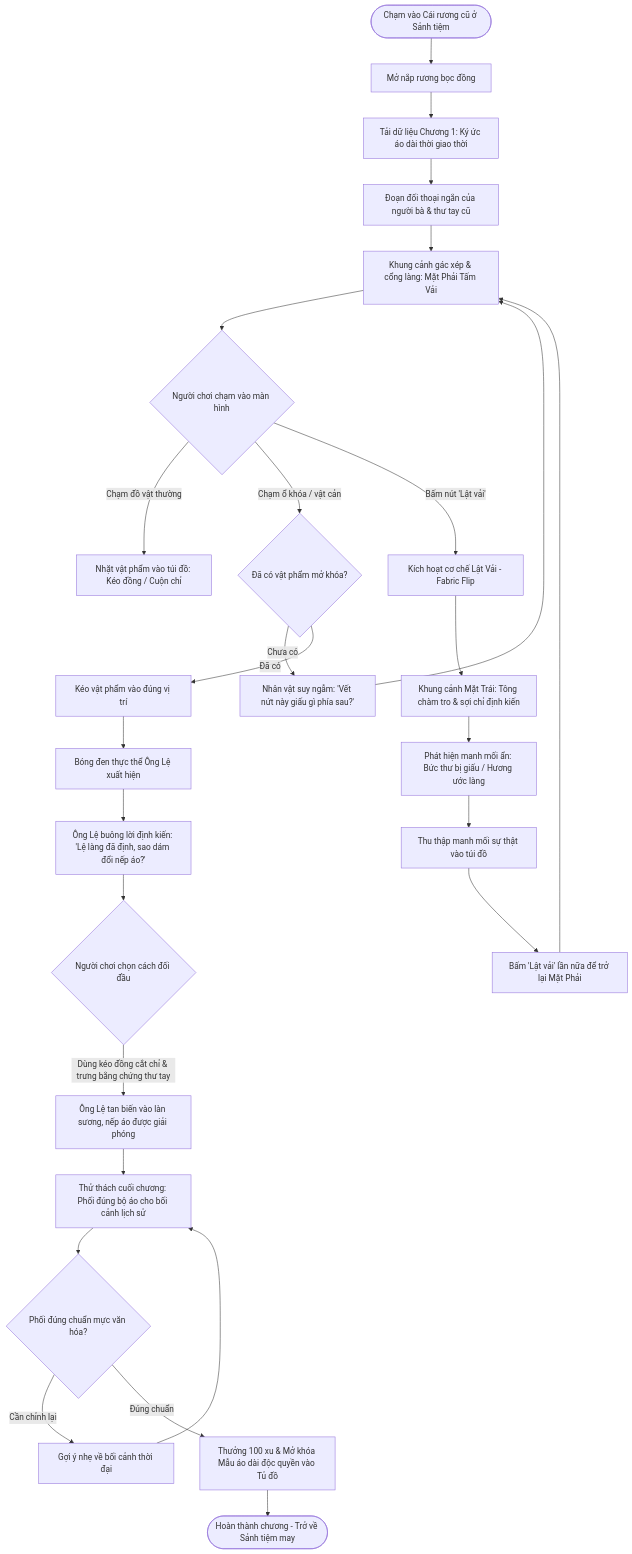
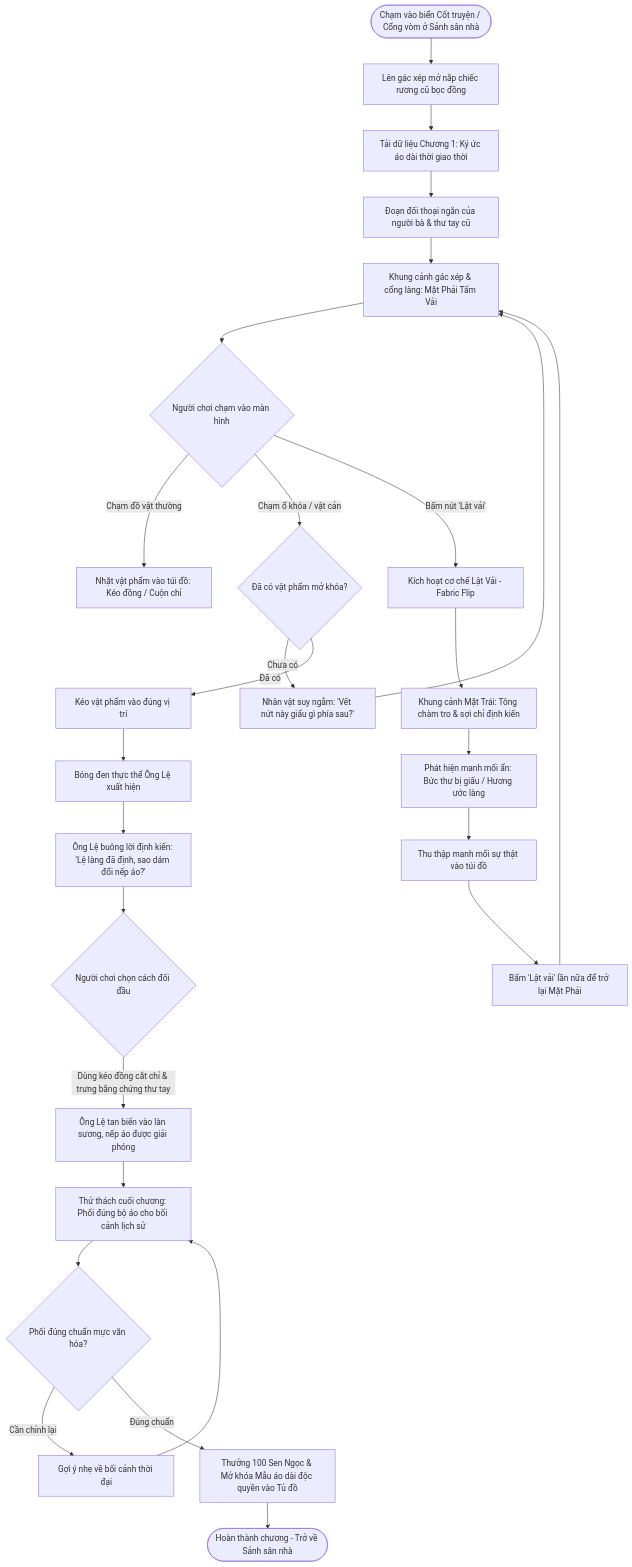
One commit to ItsLewis-DE/Nep- changed the second of 2 diagrams in docs/06-design/user-flows.md. Above: the diagram before and after it, drawn with Mermaid. The commit also changed other lines of this file and 260 other files, not shown here.

````diff
--- a/docs/06-design/user-flows.md
+++ b/docs/06-design/user-flows.md
@@ -63,37 +66,38 @@
 ```mermaid
 flowchart TD
-    StartGame([Chạm vào Cái rương cũ ở Sảnh tiệm]) --> OpenChest[Mở nắp rương bọc đồng]
+    StartGame([Chạm vào biển Cốt truyện / Cổng vòm ở Sảnh sân nhà]) --> OpenChest[Lên gác xép mở nắp chiếc rương cũ bọc đồng]
     OpenChest --> LoadChapter[Tải dữ liệu Chương 1: Ký ức áo dài thời giao thời]
     LoadChapter --> IntroCutscene[Đoạn đối thoại ngắn của người bà & thư tay cũ]
     IntroCutscene --> SceneNormal[Khung cảnh gác xép & cổng làng: Mặt Phải Tấm Vải]
     
     %% Point and Click Loop
     SceneNormal --> Explore{Người chơi chạm vào màn hình}
     Explore -- Chạm đồ vật thường --> PickItem[Nhặt vật phẩm vào túi đồ: Kéo đồng / Cuộn chỉ]
     Explore -- Chạm ổ khóa / vật cản --> CheckInventory{Đã có vật phẩm mở khóa?}
     CheckInventory -- Chưa có --> HintDialog[Nhân vật suy ngẫm: 'Vết nứt này giấu gì phía sau?']
     HintDialog --> SceneNormal
     CheckInventory -- Đã có --> UseItem[Kéo vật phẩm vào đúng vị trí]
     
     %% Fabric Flip Core Mechanism
     Explore -- Bấm nút 'Lật vải' --> FlipFabric[Kích hoạt cơ chế Lật Vải - Fabric Flip]
     FlipFabric --> SceneFlip[Khung cảnh Mặt Trái: Tông chàm tro & sợi chỉ định kiến]
     SceneFlip --> FindClue[Phát hiện manh mối ẩn: Bức thư bị giấu / Hương ước làng]
     FindClue --> TakeKeyItem[Thu thập manh mối sự thật vào túi đồ]
     TakeKeyItem --> FlipBack[Bấm 'Lật vải' lần nữa để trở lại Mặt Phải]
     FlipBack --> SceneNormal
     
     %% Climax with Ong Le
     UseItem --> TriggerClimax[Bóng đen thực thể Ông Lệ xuất hiện]
-    TriggerClimax --> ConfrontDialog[Ông Lệ buông lời định kiến: 'Lệ làng đã định, sao dám đổi nếp áo?']
+    ConfrontDialog[Ông Lệ buông lời định kiến: 'Lệ làng đã định, sao dám đổi nếp áo?']
+    TriggerClimax --> ConfrontDialog
     ConfrontDialog --> ChooseResolution{Người chơi chọn cách đối đầu}
     ChooseResolution -- Dùng kéo đồng cắt chỉ & trưng bằng chứng thư tay --> DispelOngLe[Ông Lệ tan biến vào làn sương, nếp áo được giải phóng]
     
     %% End Chapter Challenge
     DispelOngLe --> FinalChallenge[Thử thách cuối chương: Phối đúng bộ áo cho bối cảnh lịch sử]
     FinalChallenge --> SuccessCheck{Phối đúng chuẩn mực văn hóa?}
     SuccessCheck -- Cần chỉnh lại --> TryAgainHint[Gợi ý nhẹ về bối cảnh thời đại]
     TryAgainHint --> FinalChallenge
-    SuccessCheck -- Đúng chuẩn --> WinReward[Thưởng 100 xu & Mở khóa Mẫu áo dài độc quyền vào Tủ đồ]
-    WinReward --> ReturnHub([Hoàn thành chương - Trở về Sảnh tiệm may])
+    SuccessCheck -- Đúng chuẩn --> WinReward[Thưởng 100 Sen Ngọc & Mở khóa Mẫu áo dài độc quyền vào Tủ đồ]
+    WinReward --> ReturnHub([Hoàn thành chương - Trở về Sảnh sân nhà])
 ```
````
